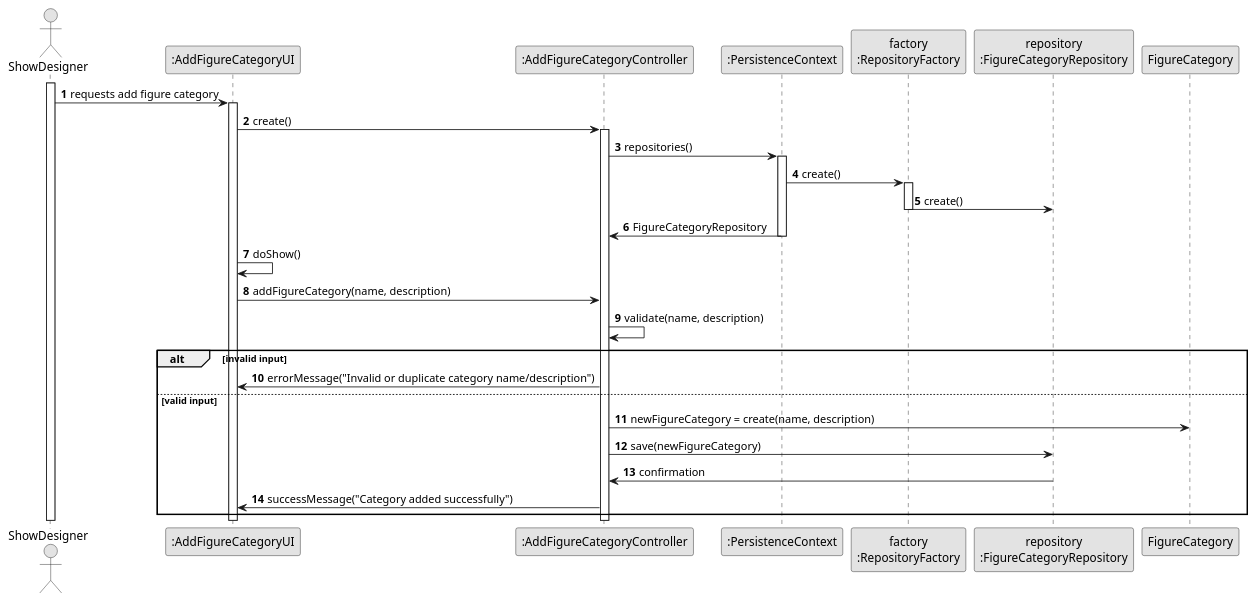
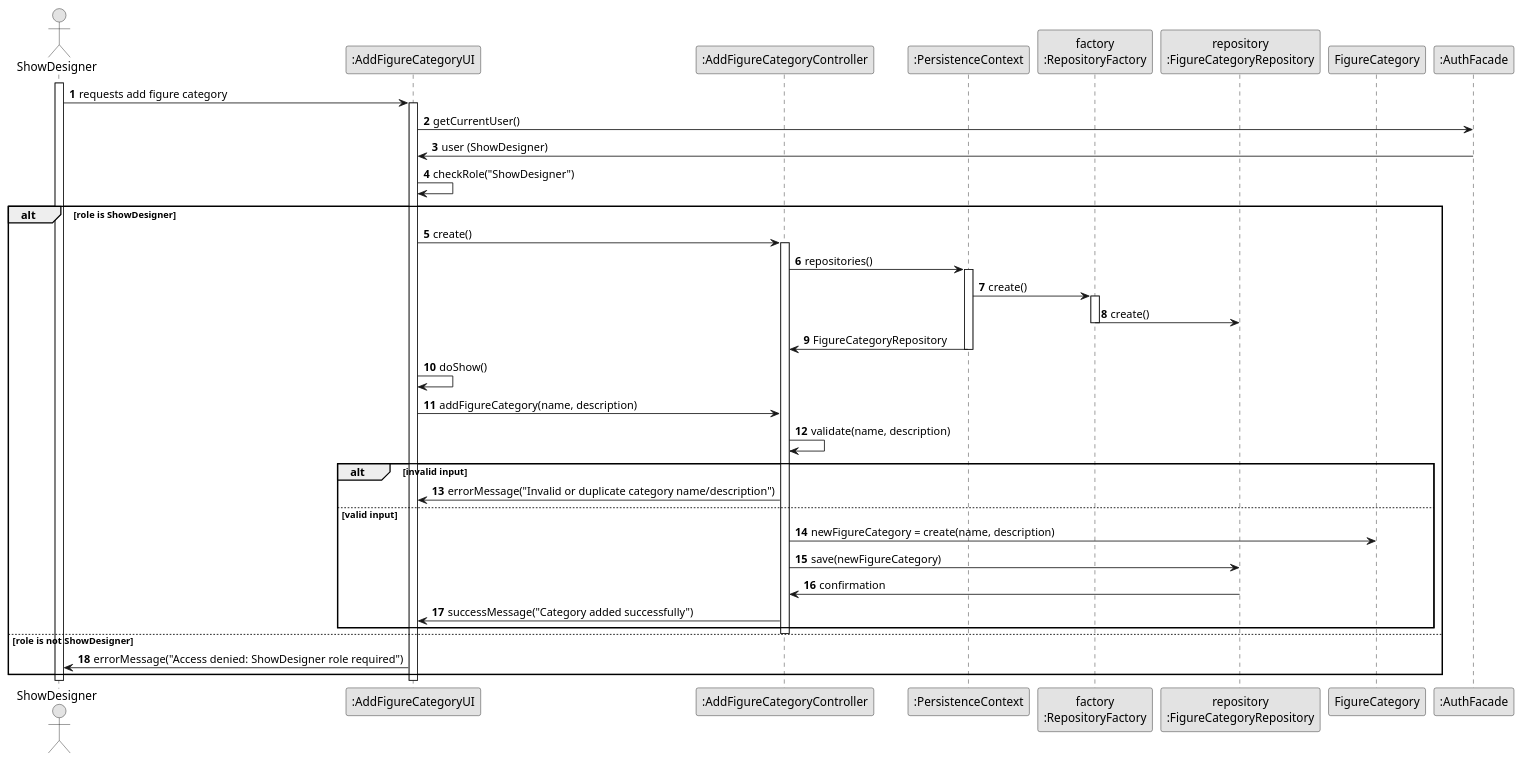
Before and after one commit to SAEmanuel/Shodrone_ISEP: the diagram in docs/planning/sprint2/EAPLI/US245 - Add figure category/03.design/puml/us245-sequence-diagram-full.puml, drawn with PlantUML. The commit also changed 1 other file, not shown here.

Commit message:
docs(us245): add user and role verification to design sequence diagram
Updated the design sequence diagram for US245 (Add figure category) to explicitly include user authentication and role verification via AuthFacade before allowing the operation. The flow now ensures only authenticated users with the ShowDesigner role can add categories, aligning with security and authorization requirements.

Related to #1/#23/#29

```diff
--- a/docs/planning/sprint2/EAPLI/US245 - Add figure category/03.design/puml/us245-sequence-diagram-full.puml
+++ b/docs/planning/sprint2/EAPLI/US245 - Add figure category/03.design/puml/us245-sequence-diagram-full.puml
@@ -1,50 +1,59 @@
 @startuml
 skinparam monochrome true
 skinparam packageStyle rectangle
 skinparam shadowing false
 
 autonumber
 
 actor "ShowDesigner" as ACTOR
 participant ":AddFigureCategoryUI" as UI
 participant ":AddFigureCategoryController" as CTRL
 participant ":PersistenceContext" as PC
 participant "factory\n:RepositoryFactory" as FACTORY_INSTANCE
 participant "repository\n:FigureCategoryRepository" as REPO
 participant "FigureCategory" as FigureCategory
+participant ":AuthFacade" as AuthFacade
 
 activate ACTOR
 
 ACTOR -> UI : requests add figure category
 
 activate UI
-UI -> CTRL : create()
+UI -> AuthFacade: getCurrentUser()
+AuthFacade -> UI: user (ShowDesigner)
+UI -> UI: checkRole("ShowDesigner")
+alt role is ShowDesigner
+    UI -> CTRL : create()
 
-activate CTRL
-CTRL -> PC: repositories()
-activate PC
-PC -> FACTORY_INSTANCE: create()
-activate FACTORY_INSTANCE
-FACTORY_INSTANCE -> REPO: create()
-deactivate FACTORY_INSTANCE
-PC -> CTRL: FigureCategoryRepository
-deactivate PC
+    activate CTRL
+    CTRL -> PC: repositories()
+    activate PC
+    PC -> FACTORY_INSTANCE: create()
+    activate FACTORY_INSTANCE
+    FACTORY_INSTANCE -> REPO: create()
+    deactivate FACTORY_INSTANCE
+    PC -> CTRL: FigureCategoryRepository
+    deactivate PC
 
-UI -> UI: doShow()
+    UI -> UI: doShow()
 
-UI -> CTRL: addFigureCategory(name, description)
-CTRL -> CTRL: validate(name, description)
-alt invalid input
-    CTRL -> UI: errorMessage("Invalid or duplicate category name/description")
-else valid input
-    CTRL -> FigureCategory: newFigureCategory = create(name, description)
-    CTRL -> REPO: save(newFigureCategory)
-    REPO -> CTRL: confirmation
-    CTRL -> UI: successMessage("Category added successfully")
+    UI -> CTRL: addFigureCategory(name, description)
+    CTRL -> CTRL: validate(name, description)
+    alt invalid input
+        CTRL -> UI: errorMessage("Invalid or duplicate category name/description")
+    else valid input
+        CTRL -> FigureCategory: newFigureCategory = create(name, description)
+        CTRL -> REPO: save(newFigureCategory)
+        REPO -> CTRL: confirmation
+        CTRL -> UI: successMessage("Category added successfully")
+    end
+
+    deactivate CTRL
+else role is not ShowDesigner
+    UI -> ACTOR: errorMessage("Access denied: ShowDesigner role required")
 end
 
-deactivate CTRL
 deactivate UI
 deactivate ACTOR
 
 @enduml
```
